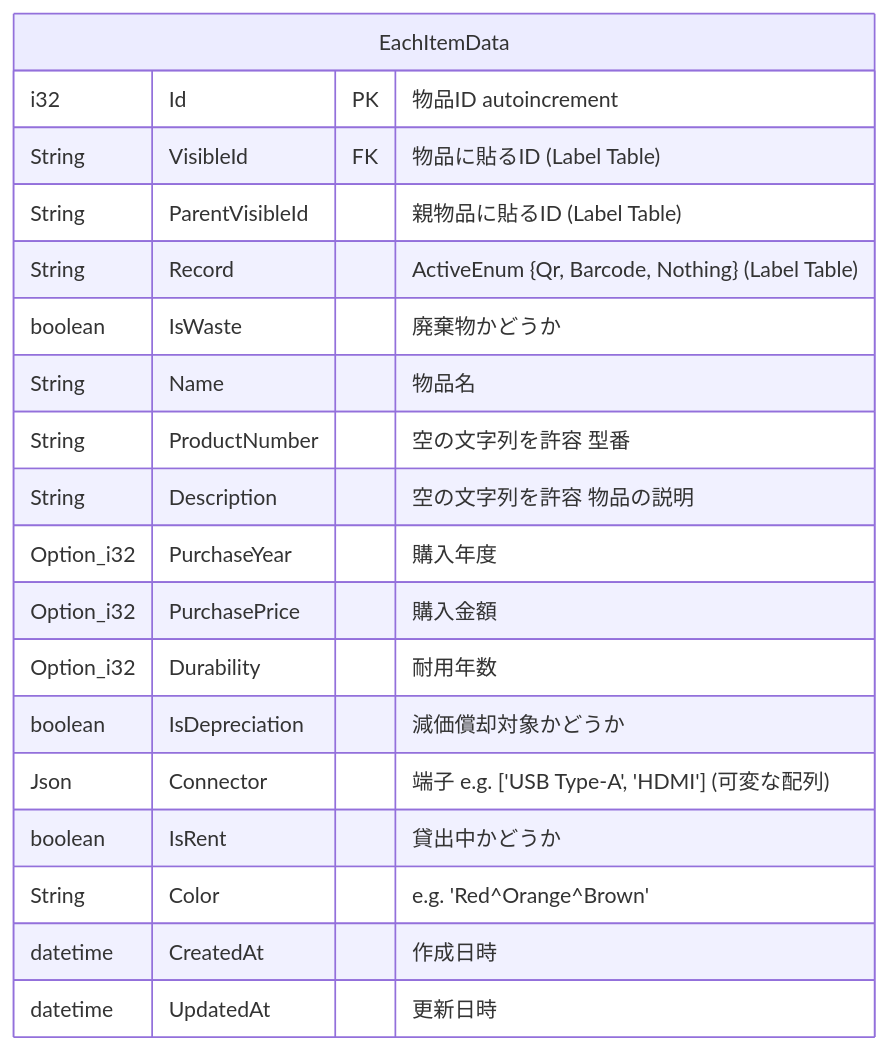
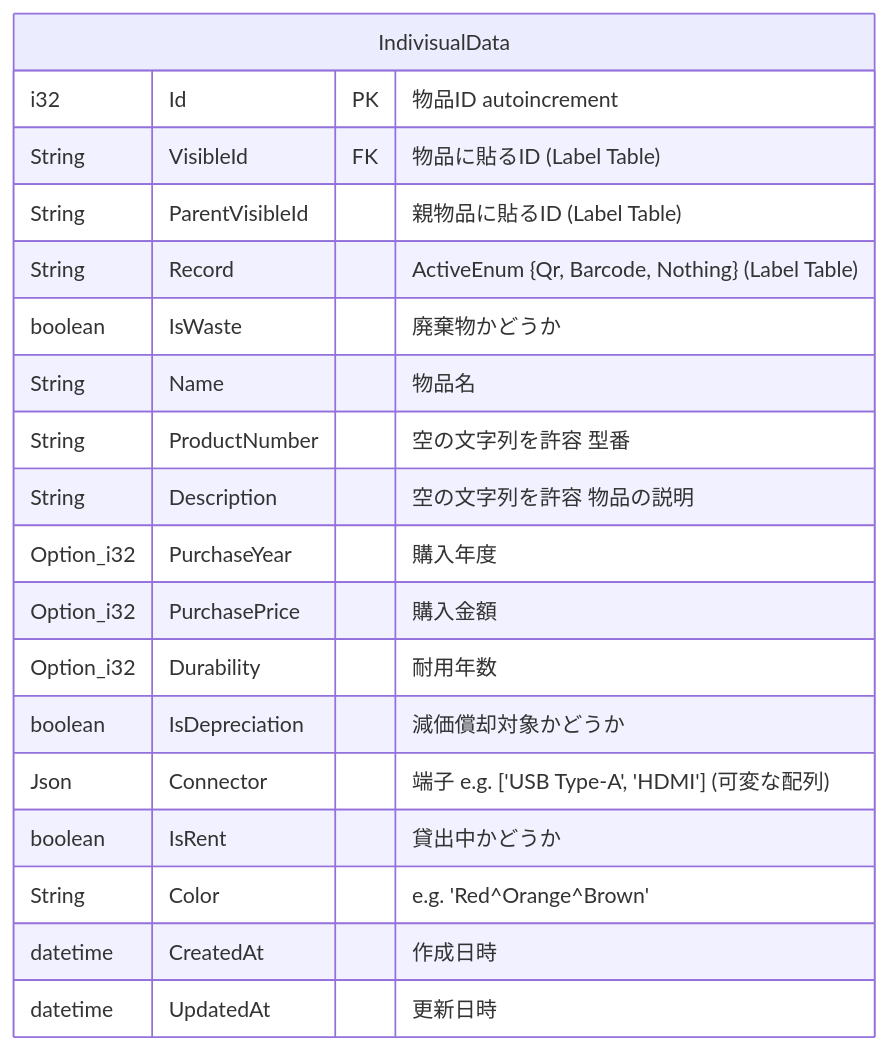
The second of 12 diagrams in documents/endpoint.md (sohosai/dashi), drawn with Mermaid before and after one commit. The commit also changed other lines of this file, not shown here.

````diff
--- a/documents/endpoint.md
+++ b/documents/endpoint.md
@@ -127,22 +127,22 @@
 ```mermaid
 erDiagram
-    EachItemData {
+    IndivisualData {
         i32 Id PK "物品ID autoincrement"
         String VisibleId FK "物品に貼るID (Label Table)"
         String ParentVisibleId "親物品に貼るID (Label Table)"
         String Record "ActiveEnum {Qr, Barcode, Nothing} (Label Table)"
         boolean IsWaste "廃棄物かどうか"
         String Name "物品名"
         String ProductNumber "空の文字列を許容 型番"
         String Description "空の文字列を許容 物品の説明"
         Option_i32 PurchaseYear "購入年度"
         Option_i32 PurchasePrice "購入金額"
         Option_i32 Durability "耐用年数"
         boolean IsDepreciation "減価償却対象かどうか"
         Json Connector "端子 e.g. ['USB Type-A', 'HDMI'] (可変な配列)"
         boolean IsRent "貸出中かどうか"
         String Color "e.g. 'Red^Orange^Brown'"
         datetime CreatedAt "作成日時"
         datetime UpdatedAt "更新日時"
     }
 ```
````
